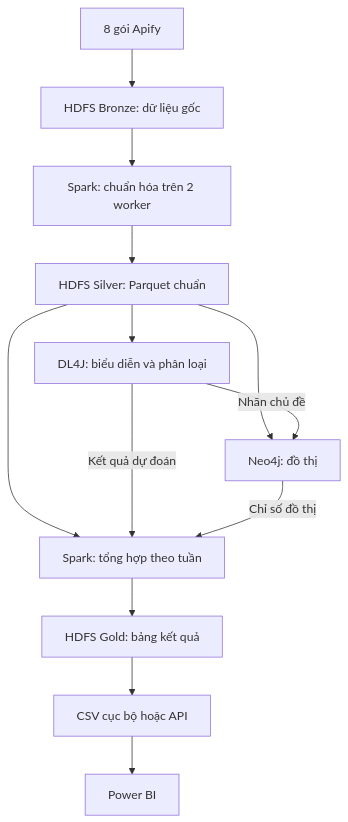
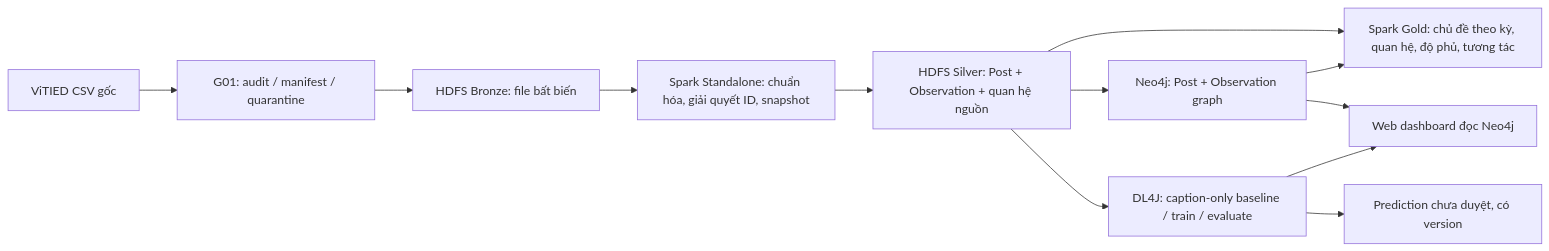
One commit to vzyhug/Tik-Analysis changed the diagram in README.md. Above: the diagram before and after it, drawn with Mermaid. The commit also changed other lines of this file and 452 other files, not shown here.

````diff
--- a/README.md
+++ b/README.md
@@ -41,15 +47,14 @@
 ```mermaid
-flowchart TD
-    R["8 gói Apify"] --> B["HDFS Bronze: dữ liệu gốc"]
-    B --> S["Spark: chuẩn hóa trên 2 worker"]
-    S --> C["HDFS Silver: Parquet chuẩn"]
-    C --> D["DL4J: biểu diễn và phân loại"]
-    C --> G["Neo4j: đồ thị"]
-    D -->|Nhãn chủ đề| G
-    C --> A["Spark: tổng hợp theo tuần"]
-    D -->|Kết quả dự đoán| A
-    G -->|Chỉ số đồ thị| A
-    A --> L["HDFS Gold: bảng kết quả"]
-    L --> E["CSV cục bộ hoặc API"]
-    E --> P["Power BI"]
+flowchart LR
+  V["ViTIED CSV gốc"] --> I["G01: audit / manifest / quarantine"]
+  I --> B["HDFS Bronze: file bất biến"]
+  B --> S["Spark Standalone: chuẩn hóa, giải quyết ID, snapshot"]
+  S --> SV["HDFS Silver: Post + Observation + quan hệ nguồn"]
+  SV --> G["Neo4j: Post + Observation graph"]
+  SV --> M["DL4J: caption-only baseline / train / evaluate"]
+  SV --> A["Spark Gold: chủ đề theo kỳ, quan hệ, độ phủ, tương tác"]
+  M --> P["Prediction chưa duyệt, có version"]
+  G --> A
+  G --> BI["Web dashboard đọc Neo4j"]
+  M --> BI
 ```
````
